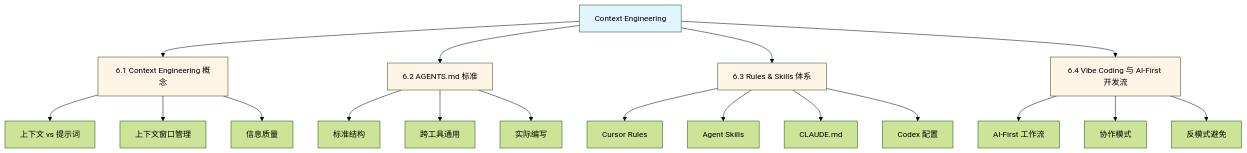
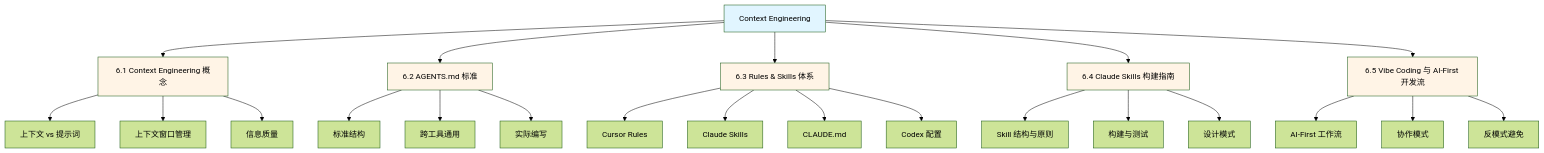
One commit to forhow134/ai-coding-guide changed the first of 4 diagrams in docs/zh/06-context-engineering/index.md. Above: the diagram before and after it, drawn with Mermaid (forest theme). The commit also changed 5 other files, not shown here.

First line of the commit message:
docs: add Claude Skills guide based on Anthropic official PDF

````diff
--- a/docs/zh/06-context-engineering/index.md
+++ b/docs/zh/06-context-engineering/index.md
@@ -7,30 +7,36 @@
 ```mermaid
 graph TB
     A[Context Engineering] --> B[6.1 Context Engineering 概念]
     A --> C[6.2 AGENTS.md 标准]
     A --> D[6.3 Rules & Skills 体系]
-    A --> E[6.4 Vibe Coding 与 AI-First 开发流]
+    A --> F[6.4 Claude Skills 构建指南]
+    A --> E[6.5 Vibe Coding 与 AI-First 开发流]
     
     B --> B1[上下文 vs 提示词]
     B --> B2[上下文窗口管理]
     B --> B3[信息质量]
     
     C --> C1[标准结构]
     C --> C2[跨工具通用]
     C --> C3[实际编写]
     
     D --> D1[Cursor Rules]
-    D --> D2[Agent Skills]
+    D --> D2[Claude Skills]
     D --> D3[CLAUDE.md]
     D --> D4[Codex 配置]
+    
+    F --> F1[Skill 结构与原则]
+    F --> F2[构建与测试]
+    F --> F3[设计模式]
     
     E --> E1[AI-First 工作流]
     E --> E2[协作模式]
     E --> E3[反模式避免]
     
     style A fill:#e1f5ff
     style B fill:#fff4e6
     style C fill:#fff4e6
     style D fill:#fff4e6
+    style F fill:#fff4e6
     style E fill:#fff4e6
 ```
````
